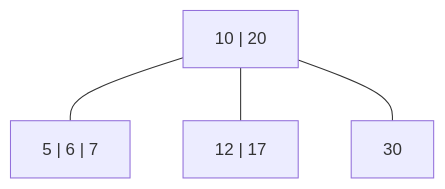
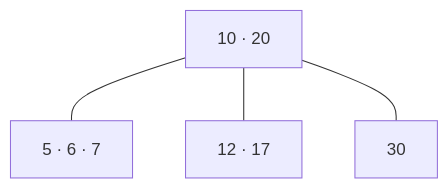
One commit to dongzhaohe321418-lab/programming-handbook changed the first of 2 diagrams in docs/ch35-balanced-trees/04-b-trees.md. Above: the diagram before and after it, drawn with Mermaid. The commit also changed other lines of this file and 19 other files, not shown here.

First line of the commit message:
Add Chapter 27 (inference infrastructure), 37 (graphs), 38 (linear-time sorting)

````diff
--- a/docs/ch35-balanced-trees/04-b-trees.md
+++ b/docs/ch35-balanced-trees/04-b-trees.md
@@ -96,10 +96,10 @@
 ```mermaid
 flowchart TD
-    root["10 | 20"]
-    a["5 | 6 | 7"]
-    b["12 | 17"]
+    root["10 · 20"]
+    a["5 · 6 · 7"]
+    b["12 · 17"]
     c["30"]
     root --- a
     root --- b
     root --- c
 ```
````
